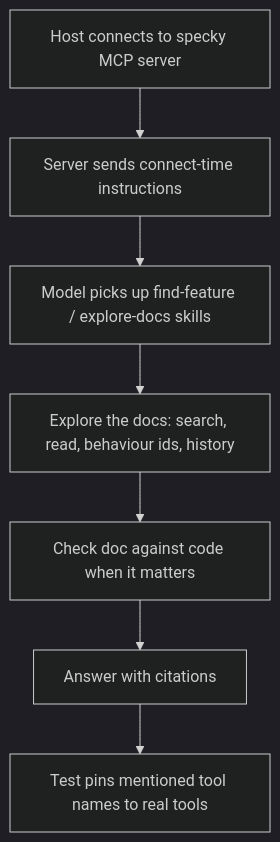
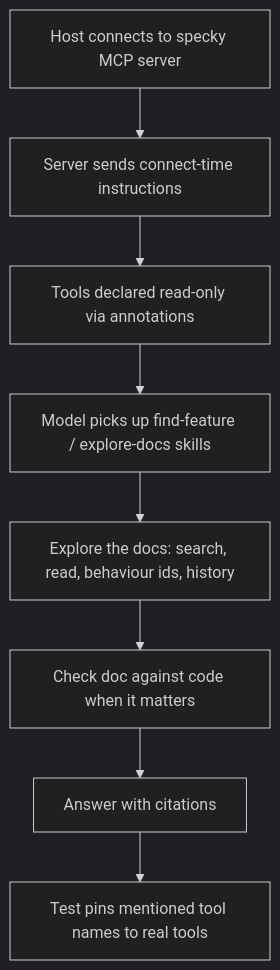
The diagram in specs/chat/mcp-host-guidance.md (danyyacoub/specky), drawn with Mermaid (dark theme) before and after one commit. The commit also changed other lines of this file and 1 other file, not shown here.

````diff
--- a/specs/chat/mcp-host-guidance.md
+++ b/specs/chat/mcp-host-guidance.md
@@ -20,9 +22,10 @@
 ```mermaid
 flowchart TD
     A[Host connects to specky MCP server] --> B[Server sends connect-time instructions]
-    B --> C[Model picks up find-feature / explore-docs skills]
-    C --> D[Explore the docs: search, read, behaviour ids, history]
-    D --> E[Check doc against code when it matters]
-    E --> F[Answer with citations]
-    F --> G[Test pins mentioned tool names to real tools]
+    B --> C[Tools declared read-only via annotations]
+    C --> D[Model picks up find-feature / explore-docs skills]
+    D --> E[Explore the docs: search, read, behaviour ids, history]
+    E --> F[Check doc against code when it matters]
+    F --> G[Answer with citations]
+    G --> H[Test pins mentioned tool names to real tools]
 ```
````
